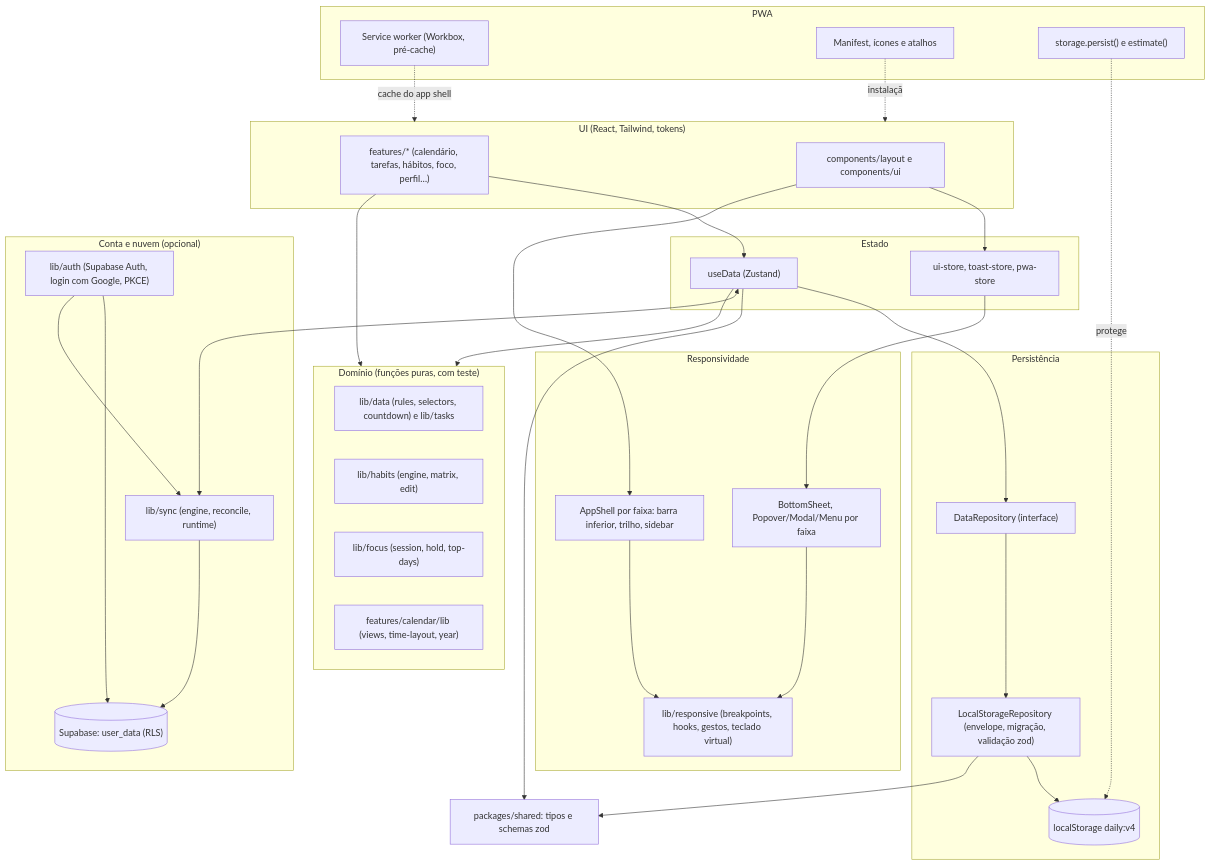
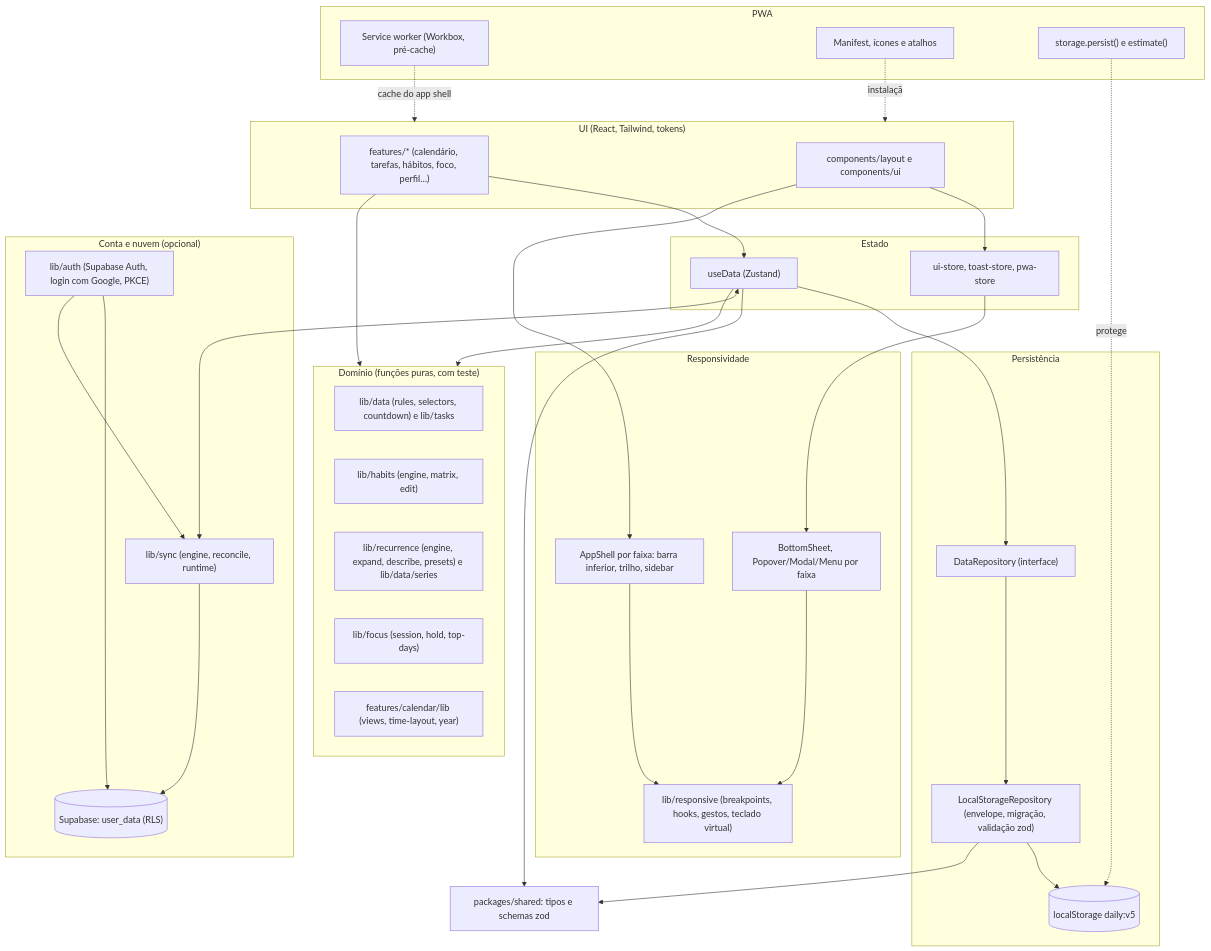
The diagram in docs/architecture.md (Mateus-Fonseca847/daily-study-planner), drawn with Mermaid before and after one commit. The commit also changed other lines of this file and 8 other files, not shown here.

````diff
--- a/docs/architecture.md
+++ b/docs/architecture.md
@@ -7,59 +7,60 @@
 ```mermaid
 flowchart TB
   subgraph UI["UI (React, Tailwind, tokens)"]
     Pages["features/* (calendário, tarefas, hábitos, foco, perfil…)"]
     Layout["components/layout e components/ui"]
   end
   subgraph Domain["Domínio (funções puras, com teste)"]
     Rules["lib/data (rules, selectors, countdown) e lib/tasks"]
     Habits["lib/habits (engine, matrix, edit)"]
+    Recur["lib/recurrence (engine, expand, describe, presets) e lib/data/series"]
     Focus["lib/focus (session, hold, top-days)"]
     Cal["features/calendar/lib (views, time-layout, year)"]
   end
   subgraph Store["Estado"]
     Zustand["useData (Zustand)"]
     UiStore["ui-store, toast-store, pwa-store"]
   end
   subgraph Persistence["Persistência"]
     Repo["DataRepository (interface)"]
     LS["LocalStorageRepository (envelope, migração, validação zod)"]
-    Storage[("localStorage daily:v4")]
+    Storage[("localStorage daily:v5")]
   end
   subgraph Cloud["Conta e nuvem (opcional)"]
     Auth["lib/auth (Supabase Auth, login com Google, PKCE)"]
     Sync["lib/sync (engine, reconcile, runtime)"]
     Supa[("Supabase: user_data (RLS)")]
   end
   subgraph Resp["Responsividade"]
     Bp["lib/responsive (breakpoints, hooks, gestos, teclado virtual)"]
     Sheets["BottomSheet, Popover/Modal/Menu por faixa"]
     Shell["AppShell por faixa: barra inferior, trilho, sidebar"]
   end
   subgraph PWA["PWA"]
     SW["Service worker (Workbox, pré-cache)"]
     Manifest["Manifest, ícones e atalhos"]
     Persist["storage.persist() e estimate()"]
   end
   Shared["packages/shared: tipos e schemas zod"]
 
   Pages --> Zustand
   Layout --> UiStore
   Pages --> Domain
   Zustand --> Domain
   Zustand --> Repo
   Repo --> LS
   LS --> Storage
   LS --> Shared
   Zustand --> Shared
   Zustand <--> Sync
   Sync --> Supa
   Auth --> Supa
   Auth --> Sync
   Layout --> Shell
   Shell --> Bp
   Sheets --> Bp
   UiStore --> Sheets
   SW -.cache do app shell.-> UI
   Persist -.protege.-> Storage
   Manifest -.instalação.-> UI
 ```
````
